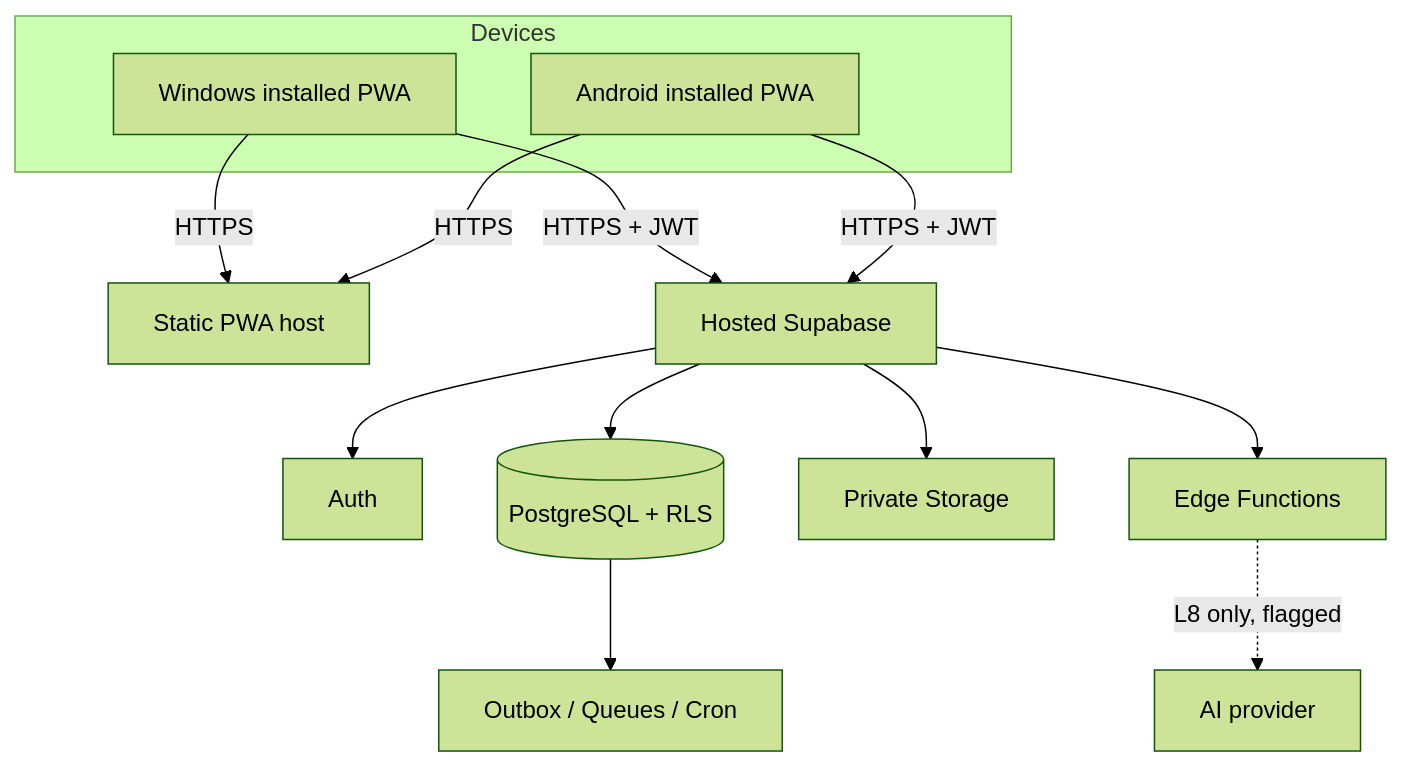
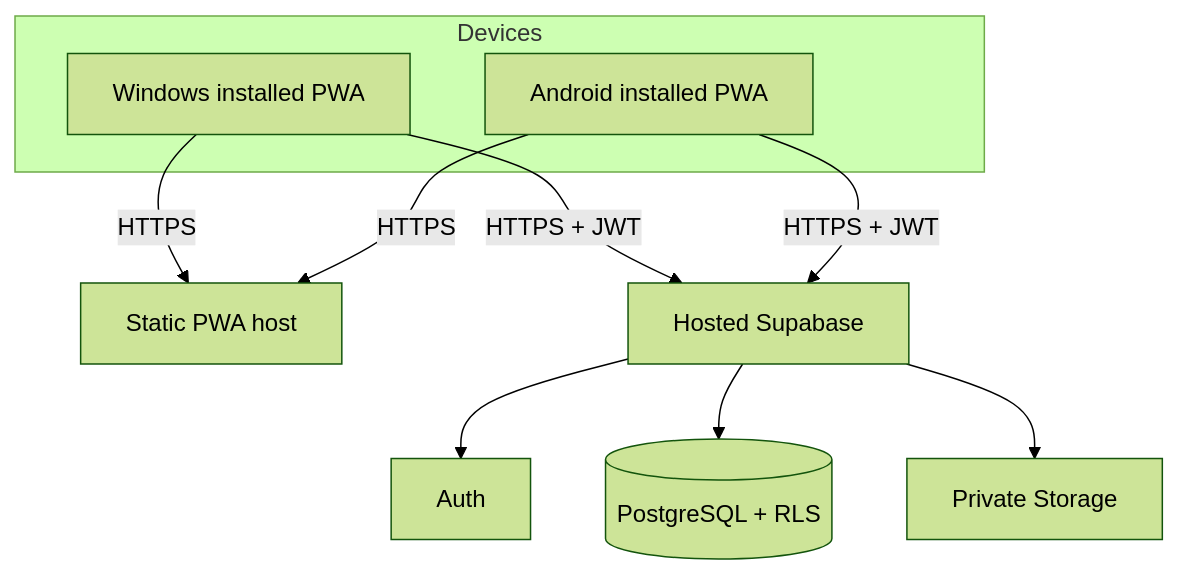
Before and after one commit to raktim-yoddha/fasteners-factory-erp-old: the first of 2 diagrams in docs/architecture.md, drawn with Mermaid (forest theme). The commit also changed other lines of this file and 306 other files, not shown here.

````diff
--- a/docs/architecture.md
+++ b/docs/architecture.md
@@ -7,15 +7,12 @@
 ```mermaid
 flowchart TB
   subgraph Devices
     W[Windows installed PWA]
     A[Android installed PWA]
   end
   W & A -->|HTTPS| H[Static PWA host]
   W & A -->|HTTPS + JWT| S[Hosted Supabase]
   S --> AUTH[Auth]
   S --> DB[(PostgreSQL + RLS)]
   S --> ST[Private Storage]
-  S --> EF[Edge Functions]
-  DB --> Q[Outbox / Queues / Cron]
-  EF -.->|L8 only, flagged| AI[AI provider]
 ```
````
